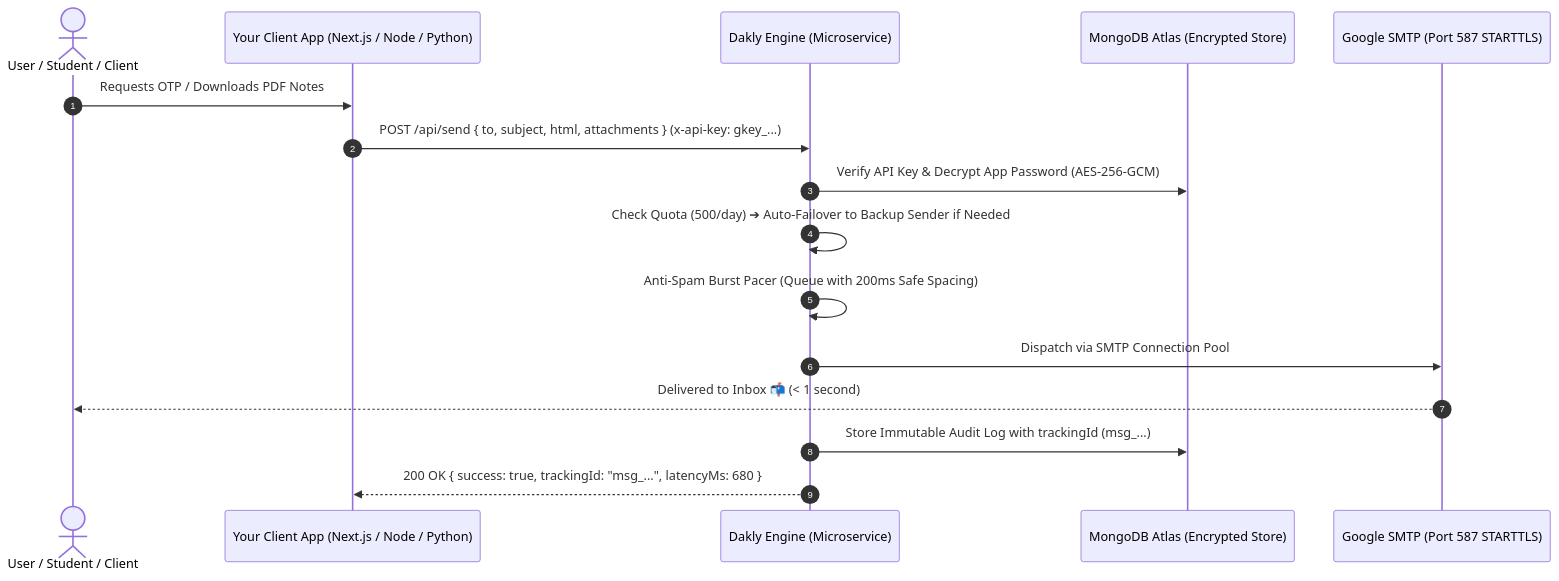
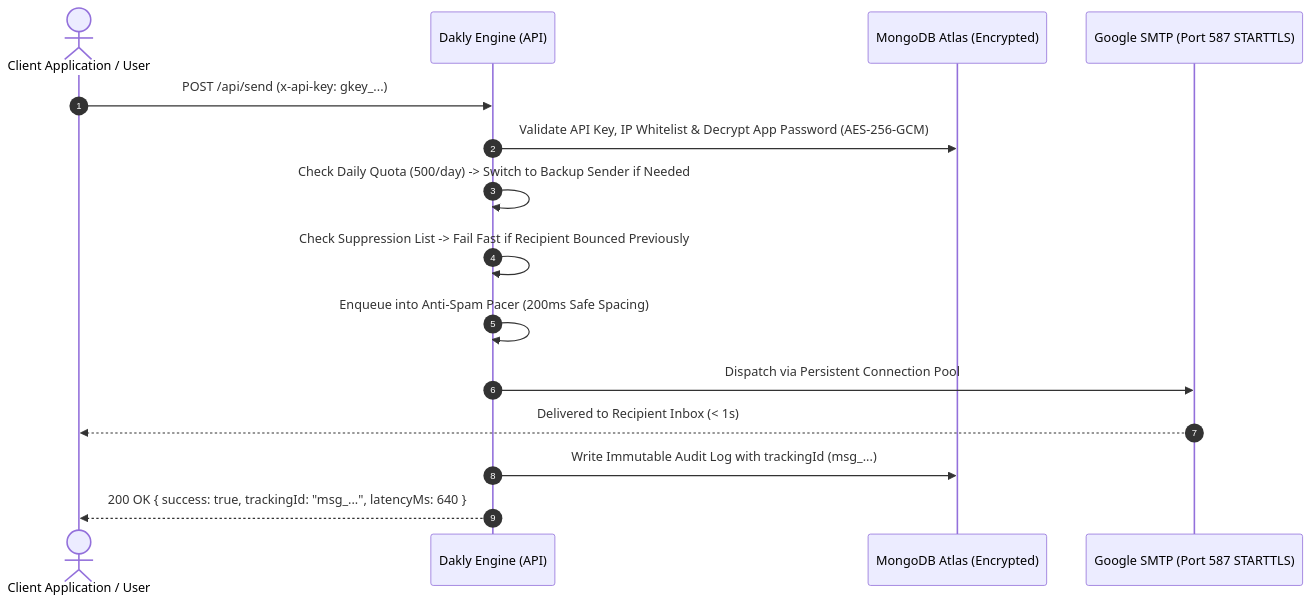
Before and after one commit to parthpatil1234p-svg/Dakly: the diagram in README.md, drawn with Mermaid. The commit also changed other lines of this file, not shown here.

````diff
--- a/README.md
+++ b/README.md
@@ -64,19 +66,18 @@
 ```mermaid
 sequenceDiagram
     autonumber
-    actor User as User / Student / Client
-    participant App as Your Client App (Next.js / Node / Python)
-    participant Dakly as Dakly Engine (Microservice)
-    participant DB as MongoDB Atlas (Encrypted Store)
+    actor User as Client Application / User
+    participant Dakly as Dakly Engine (API)
+    participant DB as MongoDB Atlas (Encrypted)
     participant Gmail as Google SMTP (Port 587 STARTTLS)
 
-    User->>App: Requests OTP / Downloads PDF Notes
-    App->>Dakly: POST /api/send { to, subject, html, attachments } (x-api-key: gkey_...)
-    Dakly->>DB: Verify API Key & Decrypt App Password (AES-256-GCM)
-    Dakly->>Dakly: Check Quota (500/day) ➔ Auto-Failover to Backup Sender if Needed
-    Dakly->>Dakly: Anti-Spam Burst Pacer (Queue with 200ms Safe Spacing)
-    Dakly->>Gmail: Dispatch via SMTP Connection Pool
-    Gmail-->>User: Delivered to Inbox 📬 (< 1 second)
-    Dakly->>DB: Store Immutable Audit Log with trackingId (msg_...)
-    Dakly-->>App: 200 OK { success: true, trackingId: "msg_...", latencyMs: 680 }
+    User->>Dakly: POST /api/send (x-api-key: gkey_...)
+    Dakly->>DB: Validate API Key, IP Whitelist & Decrypt App Password (AES-256-GCM)
+    Dakly->>Dakly: Check Daily Quota (500/day) -> Switch to Backup Sender if Needed
+    Dakly->>Dakly: Check Suppression List -> Fail Fast if Recipient Bounced Previously
+    Dakly->>Dakly: Enqueue into Anti-Spam Pacer (200ms Safe Spacing)
+    Dakly->>Gmail: Dispatch via Persistent Connection Pool
+    Gmail-->>User: Delivered to Recipient Inbox (< 1s)
+    Dakly->>DB: Write Immutable Audit Log with trackingId (msg_...)
+    Dakly-->>User: 200 OK { success: true, trackingId: "msg_...", latencyMs: 640 }
 ```
````
